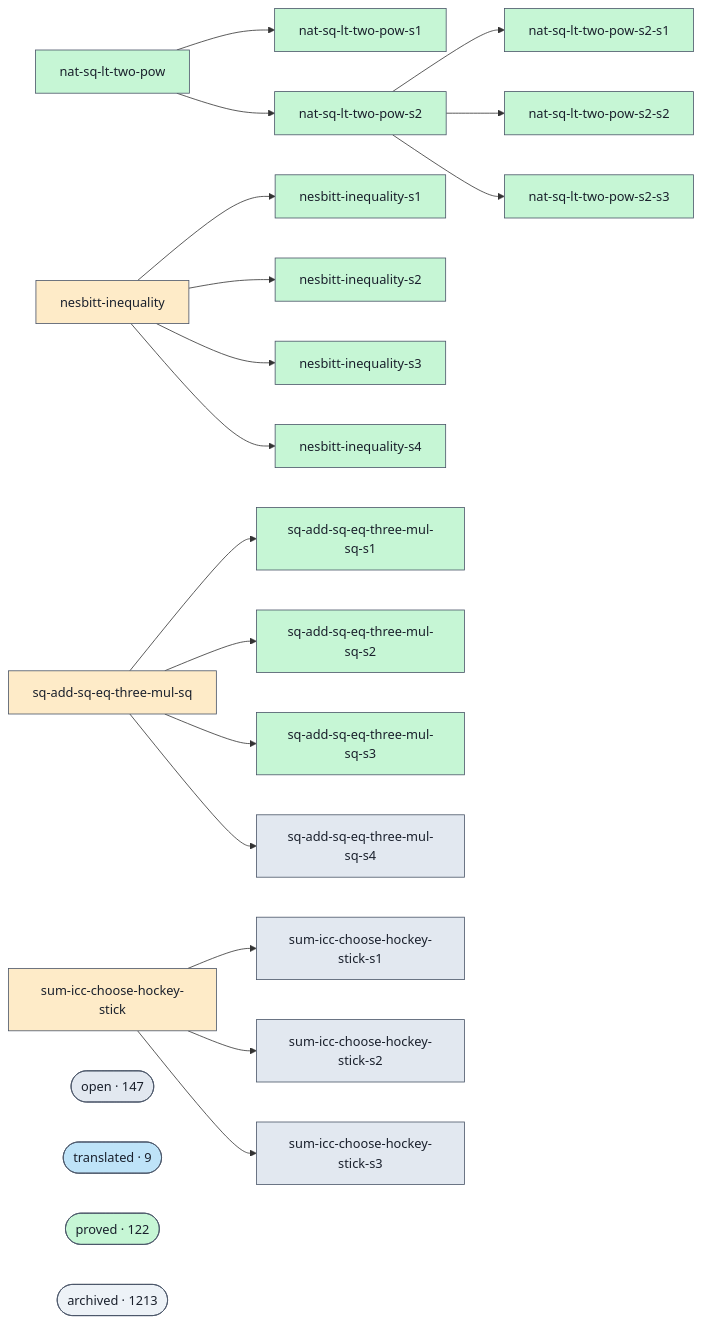
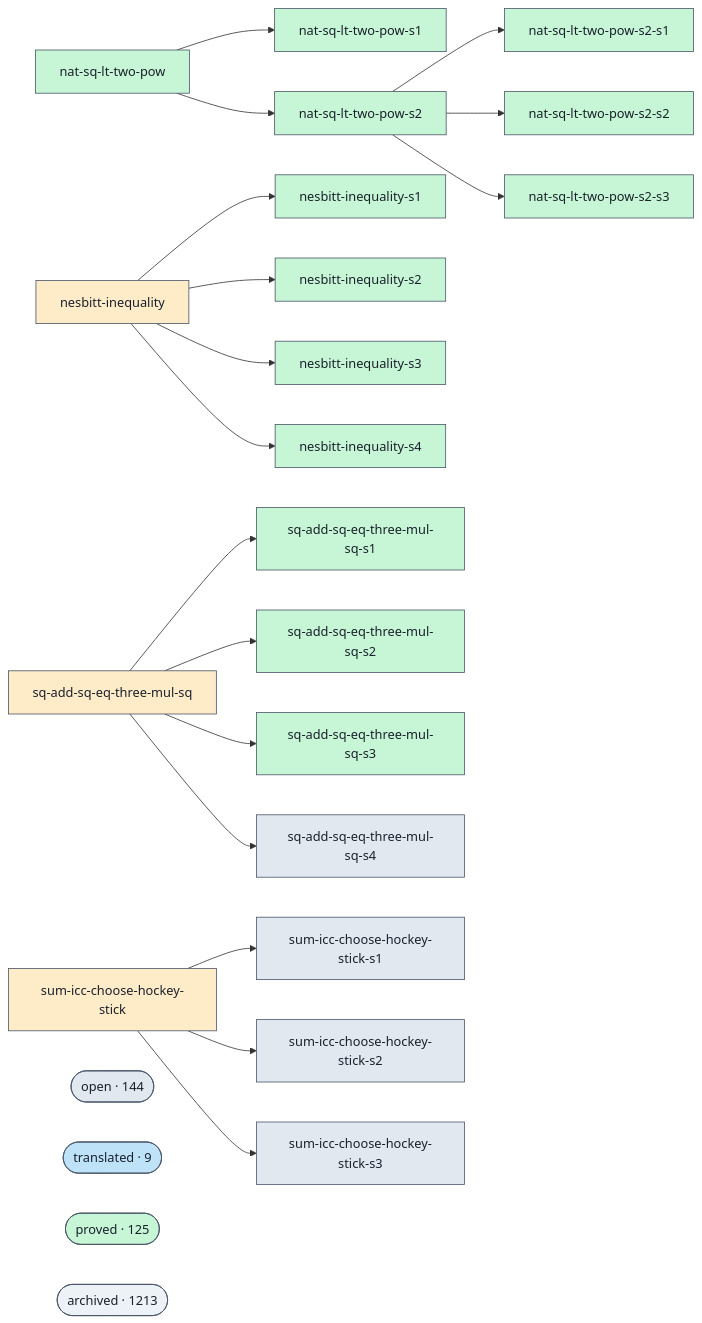
The diagram in docs/proofs-contributors-visualisation.md (ohdearquant/unsorry), drawn with Mermaid before and after one commit. The commit also changed other lines of this file and 2 other files, not shown here.

```diff
--- a/docs/proofs-contributors-visualisation.md
+++ b/docs/proofs-contributors-visualisation.md
@@ -98,11 +98,11 @@
   g_sum_icc_choose_hockey_stick --> g_sum_icc_choose_hockey_stick_s1
   g_sum_icc_choose_hockey_stick --> g_sum_icc_choose_hockey_stick_s2
   g_sum_icc_choose_hockey_stick --> g_sum_icc_choose_hockey_stick_s3
-  cluster_open(["open · 147"])
+  cluster_open(["open · 144"])
   class cluster_open open;
   cluster_translated(["translated · 9"])
   class cluster_translated translated;
-  cluster_proved(["proved · 122"])
+  cluster_proved(["proved · 125"])
   class cluster_proved proved;
   cluster_archived(["archived · 1213"])
   class cluster_archived unknown;
```
